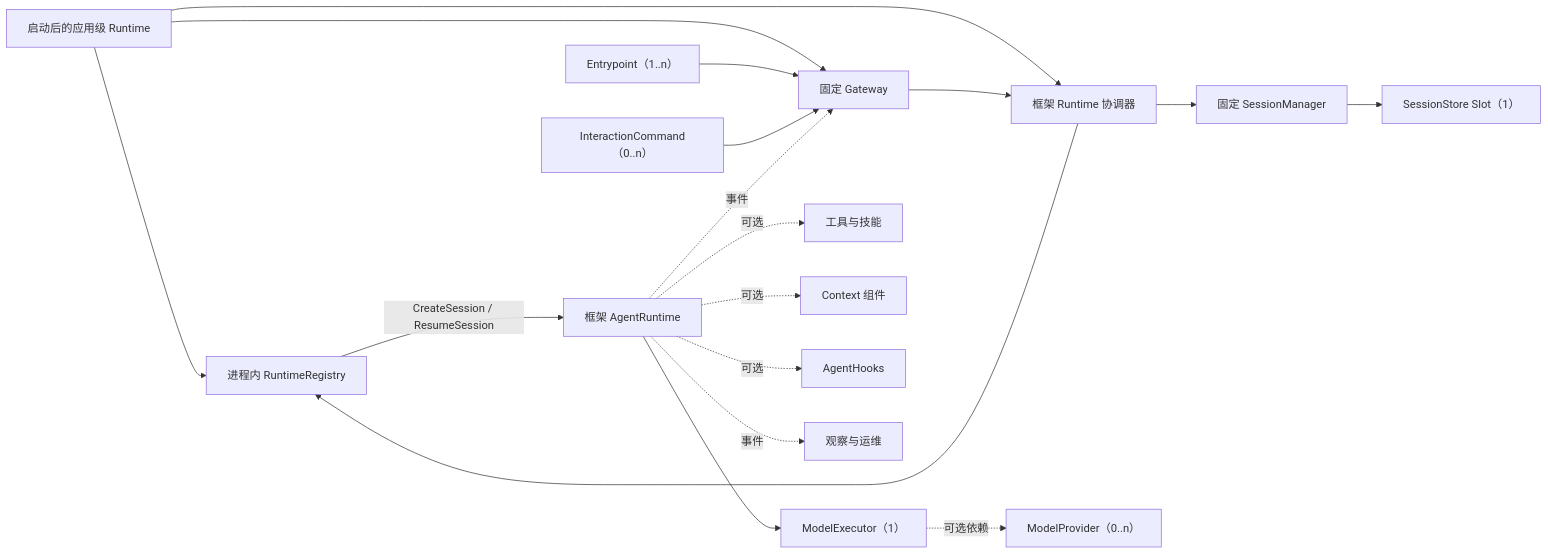
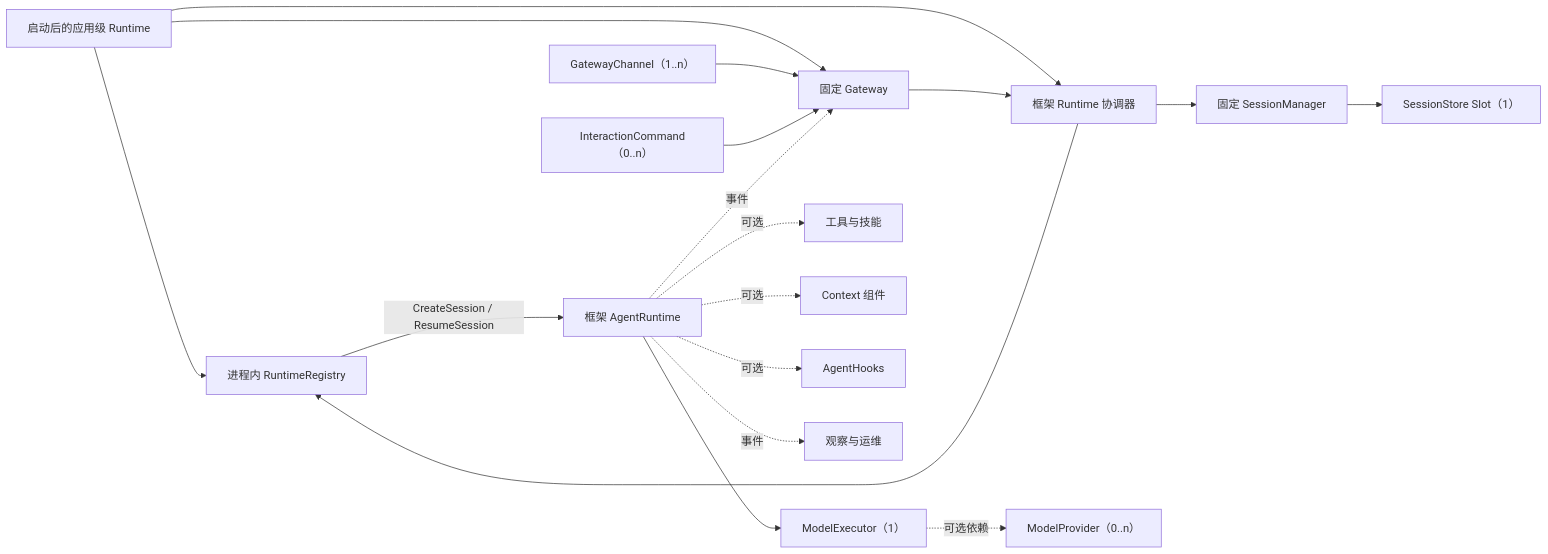
Before and after one commit to LyleLiu666/agentSlot: the diagram in COMPONENT_MAP.zh-CN.md, drawn with Mermaid. The commit also changed other lines of this file and 35 other files, not shown here.

````diff
--- a/COMPONENT_MAP.zh-CN.md
+++ b/COMPONENT_MAP.zh-CN.md
@@ -85,20 +85,20 @@
 ```mermaid
 flowchart LR
     AR["启动后的应用级 Runtime"] --> REG["进程内 RuntimeRegistry"]
     AR --> RC["框架 Runtime 协调器"]
     AR --> G["固定 Gateway"]
     RC --> REG
-    E["Entrypoint（1..n）"] --> G
+    E["GatewayChannel（1..n）"] --> G
     IC["InteractionCommand（0..n）"] --> G
     G --> RC
     RC --> SM["固定 SessionManager"]
     SM --> SS["SessionStore Slot（1）"]
     REG -->|"CreateSession / ResumeSession"| R["框架 AgentRuntime"]
     R --> ME["ModelExecutor（1）"]
     ME -. "可选依赖" .-> MP["ModelProvider（0..n）"]
     R -. "可选" .-> T["工具与技能"]
     R -. "可选" .-> C["Context 组件"]
     R -. "可选" .-> H["AgentHooks"]
     R -. "事件" .-> G
     R -. "事件" .-> O["观察与运维"]
 ```
````
